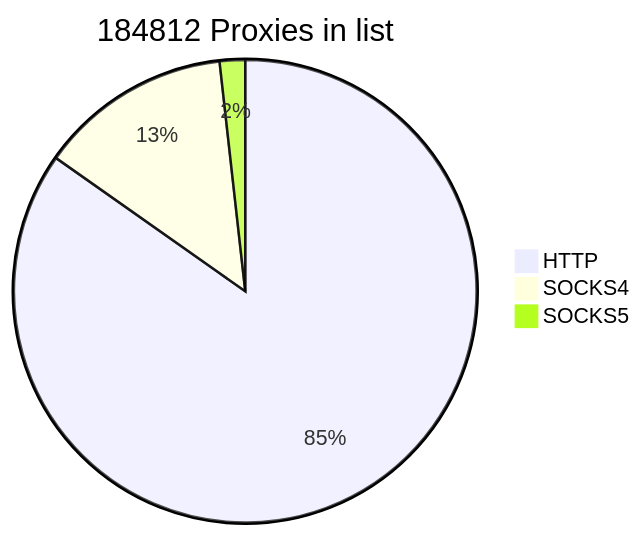
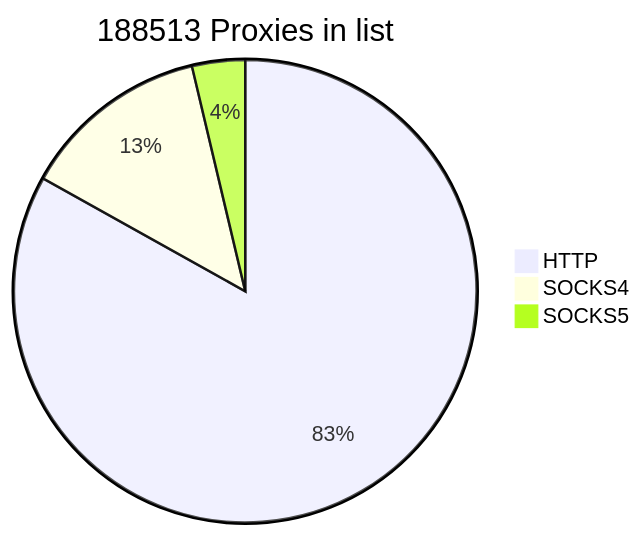
The first of 2 diagrams in README.md (cutipu/proxylist), drawn with Mermaid before and after one commit. The commit also changed other lines of this file, not shown here.

````diff
--- a/README.md
+++ b/README.md
@@ -2,7 +2,7 @@
 ```mermaid
-pie title 184812 Proxies in list
-    "HTTP" : 156655
+pie title 188513 Proxies in list
+    "HTTP" : 156657
     "SOCKS4" : 24875
-    "SOCKS5" : 3282
+    "SOCKS5" : 6981
             
 ```
````
